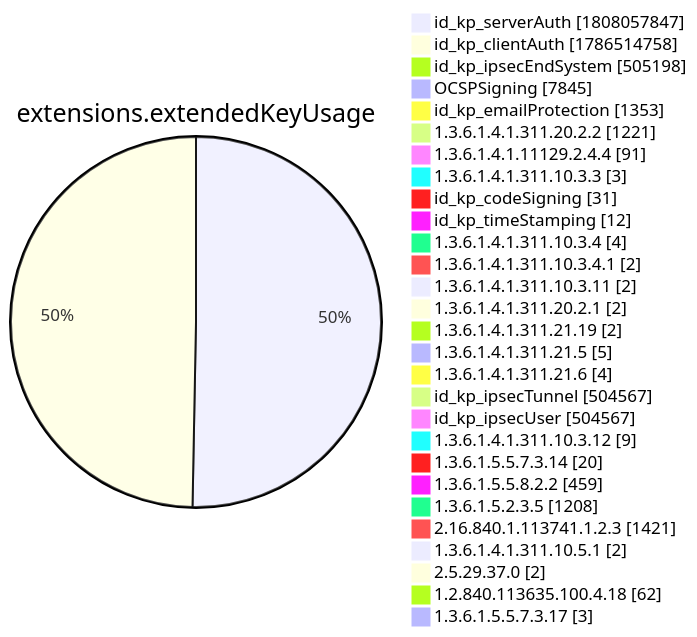
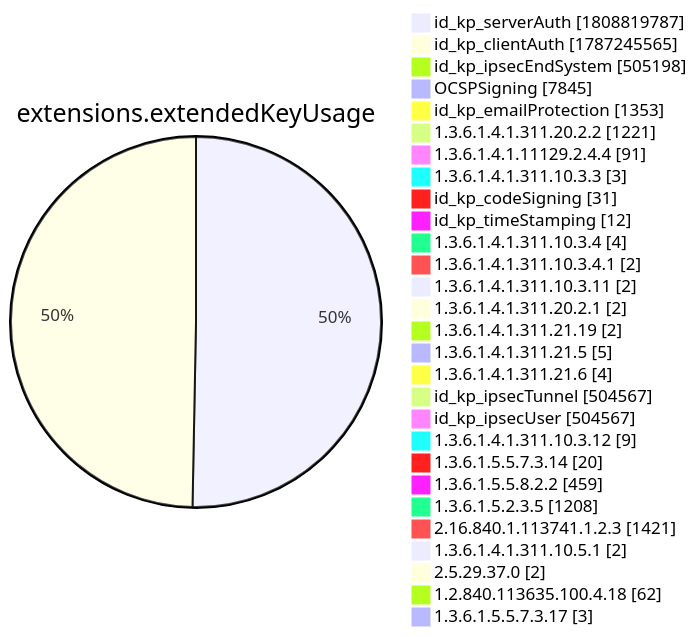
Before and after one commit to christiankrug/ctmonitor_visualization: diagram 12 of 15 in xenon2022/README.md, drawn with Mermaid. The commit also changed other lines of this file, not shown here.

````diff
--- a/xenon2022/README.md
+++ b/xenon2022/README.md
@@ -3895,32 +3895,32 @@
 ```mermaid
 pie showData
 title extensions.extendedKeyUsage
-"id_kp_serverAuth" :1808057847
-"id_kp_clientAuth" :1786514758
+"id_kp_serverAuth" :1808819787
+"id_kp_clientAuth" :1787245565
 "id_kp_ipsecEndSystem" :505198
 "OCSPSigning" :7845
 "id_kp_emailProtection" :1353
 "1.3.6.1.4.1.311.20.2.2" :1221
 "1.3.6.1.4.1.11129.2.4.4" :91
 "1.3.6.1.4.1.311.10.3.3" :3
 "id_kp_codeSigning" :31
 "id_kp_timeStamping" :12
 "1.3.6.1.4.1.311.10.3.4" :4
 "1.3.6.1.4.1.311.10.3.4.1" :2
 "1.3.6.1.4.1.311.10.3.11" :2
 "1.3.6.1.4.1.311.20.2.1" :2
 "1.3.6.1.4.1.311.21.19" :2
 "1.3.6.1.4.1.311.21.5" :5
 "1.3.6.1.4.1.311.21.6" :4
 "id_kp_ipsecTunnel" :504567
 "id_kp_ipsecUser" :504567
 "1.3.6.1.4.1.311.10.3.12" :9
 "1.3.6.1.5.5.7.3.14" :20
 "1.3.6.1.5.5.8.2.2" :459
 "1.3.6.1.5.2.3.5" :1208
 "2.16.840.1.113741.1.2.3" :1421
 "1.3.6.1.4.1.311.10.5.1" :2
 "2.5.29.37.0" :2
 "1.2.840.113635.100.4.18" :62
 "1.3.6.1.5.5.7.3.17" :3
 ```
````
